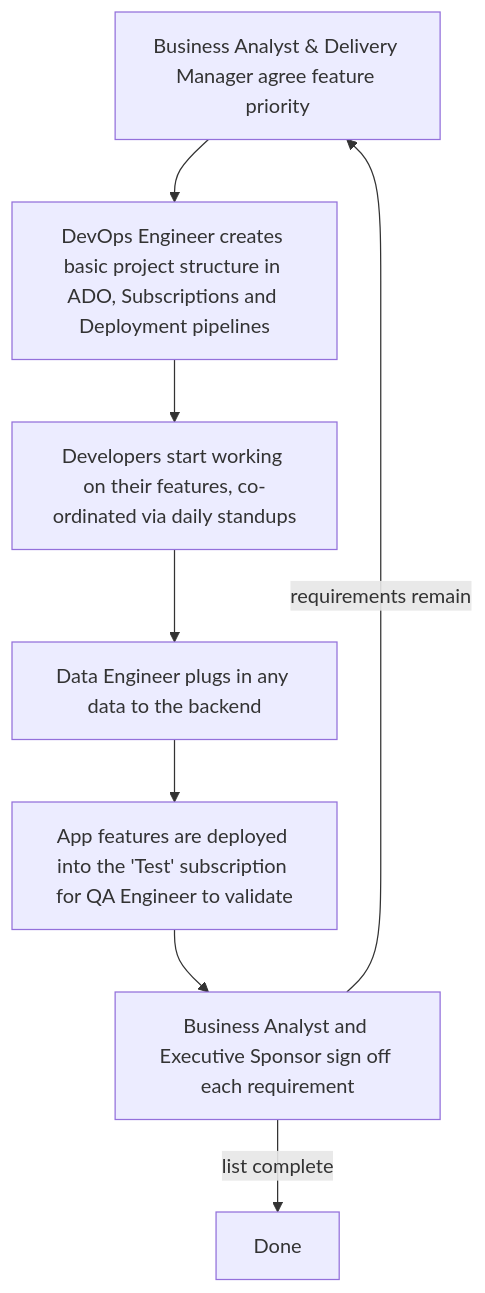
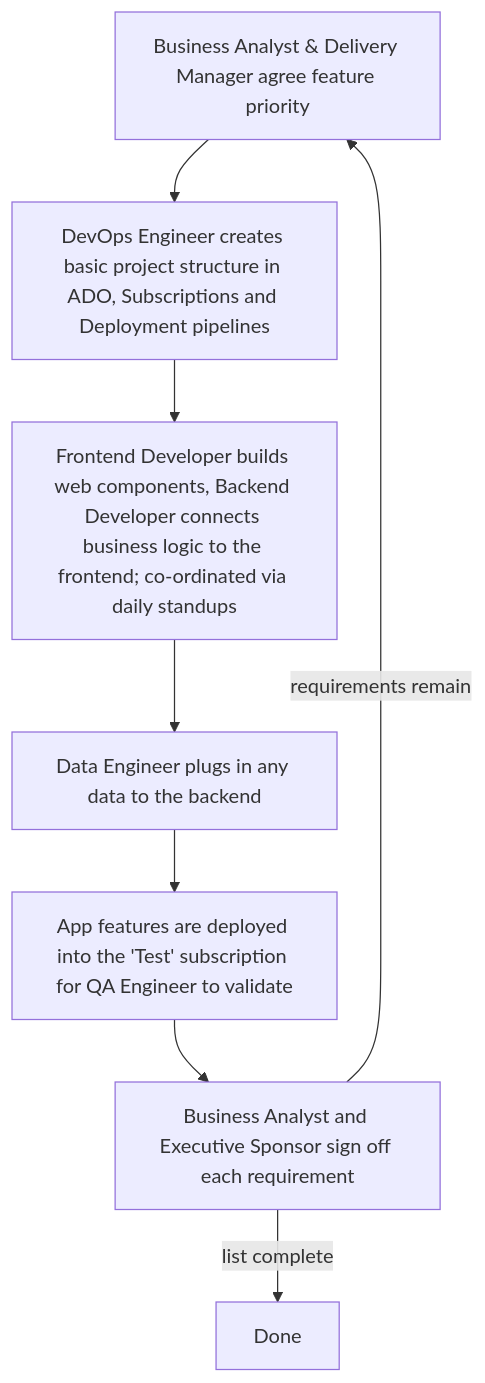
The diagram in mdbook/src/1_quality_diagnosis.md (robertsweetman/module_7), drawn with Mermaid before and after one commit. The commit also changed other lines of this file and 1 other file, not shown here.

````diff
--- a/mdbook/src/1_quality_diagnosis.md
+++ b/mdbook/src/1_quality_diagnosis.md
@@ -33,10 +19,10 @@
 ```mermaid
 flowchart TD
     A[Business Analyst & Delivery Manager agree feature priority] --> B[DevOps Engineer creates basic project structure in ADO, Subscriptions and Deployment pipelines]
-    B --> C[Developers start working on their features, co-ordinated via daily standups]
+    B --> C[Frontend Developer builds web components, Backend Developer connects business logic to the frontend; co-ordinated via daily standups]
     C --> D[Data Engineer plugs in any data to the backend]
     D --> E[App features are deployed into the 'Test' subscription for QA Engineer to validate]
     E --> F[Business Analyst and Executive Sponsor sign off each requirement]
     F -->|requirements remain| A
     F -->|list complete| G[Done]
 ```
````
